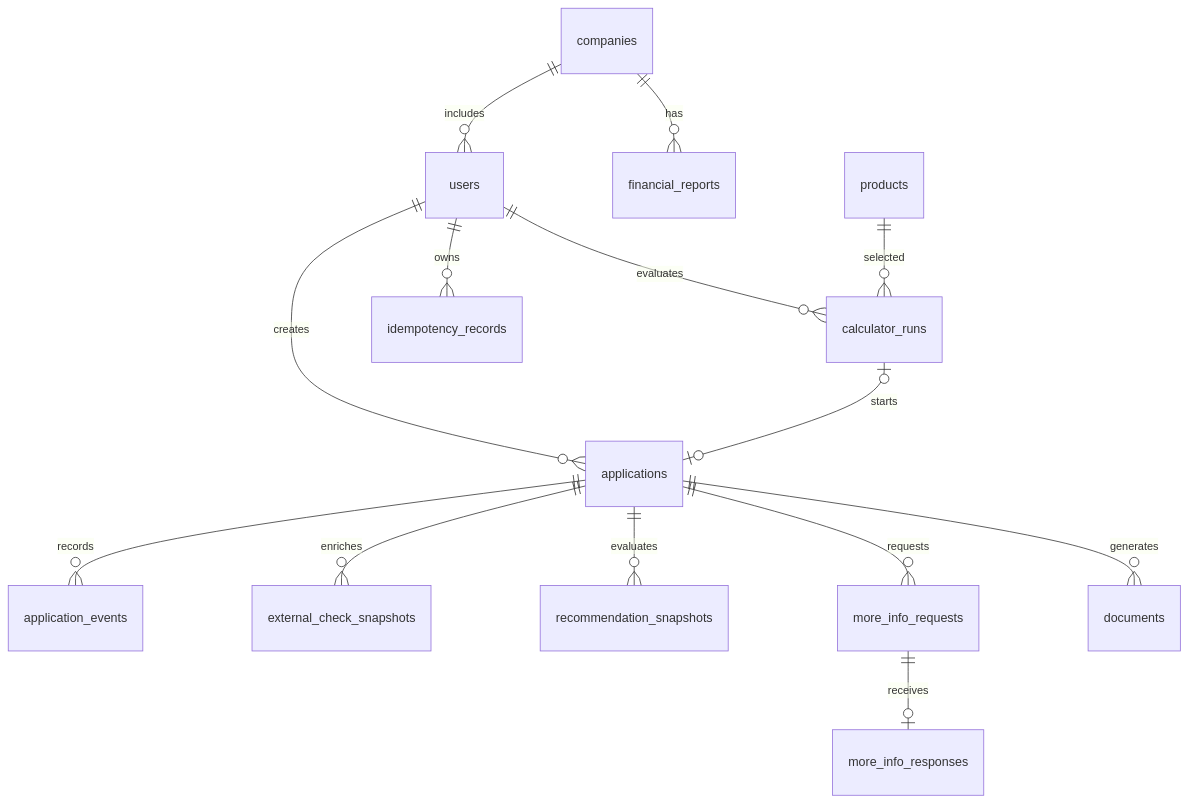
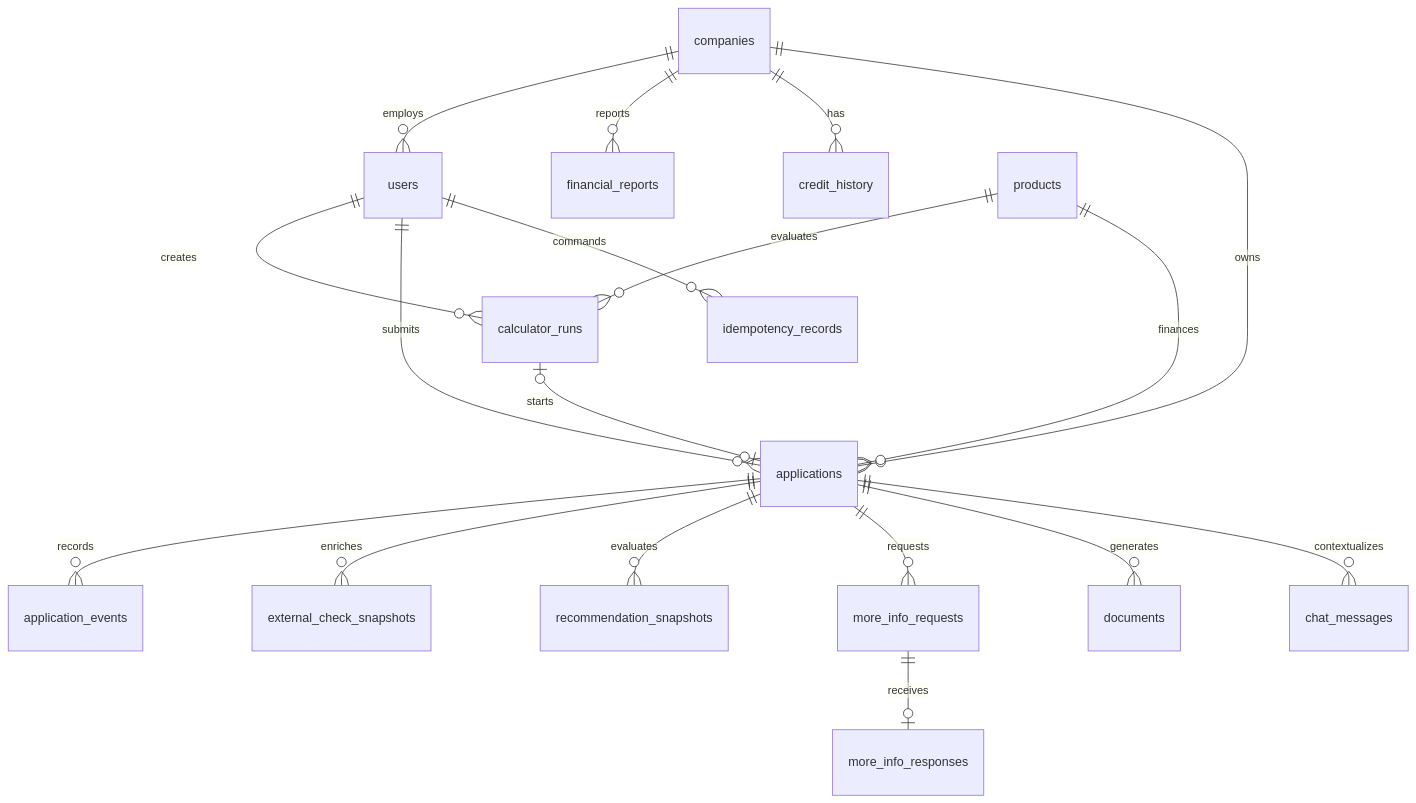
Before and after one commit to bssanelka/smart-sme-lending-portal: the fifth of 5 diagrams in docs/ARCHITECTURE.md, drawn with Mermaid. The commit also changed other lines of this file and 10 other files, not shown here.

````diff
--- a/docs/ARCHITECTURE.md
+++ b/docs/ARCHITECTURE.md
@@ -155,16 +229,20 @@
 ```mermaid
 erDiagram
-  users ||--o{ applications : creates
-  companies ||--o{ users : includes
-  companies ||--o{ financial_reports : has
-  users ||--o{ calculator_runs : evaluates
+  companies ||--o{ users : employs
+  companies ||--o{ financial_reports : reports
+  companies ||--o{ credit_history : has
+  users ||--o{ calculator_runs : creates
+  products ||--o{ calculator_runs : evaluates
   calculator_runs o|--o| applications : starts
-  products ||--o{ calculator_runs : selected
+  users ||--o{ applications : submits
+  companies ||--o{ applications : owns
+  products ||--o{ applications : finances
   applications ||--o{ application_events : records
   applications ||--o{ external_check_snapshots : enriches
   applications ||--o{ recommendation_snapshots : evaluates
   applications ||--o{ more_info_requests : requests
   more_info_requests ||--o| more_info_responses : receives
   applications ||--o{ documents : generates
-  users ||--o{ idempotency_records : owns
+  applications ||--o{ chat_messages : contextualizes
+  users ||--o{ idempotency_records : commands
 ```
````
